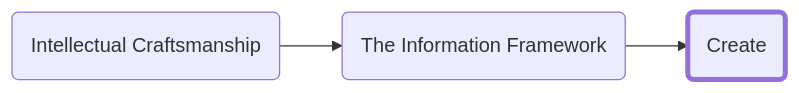
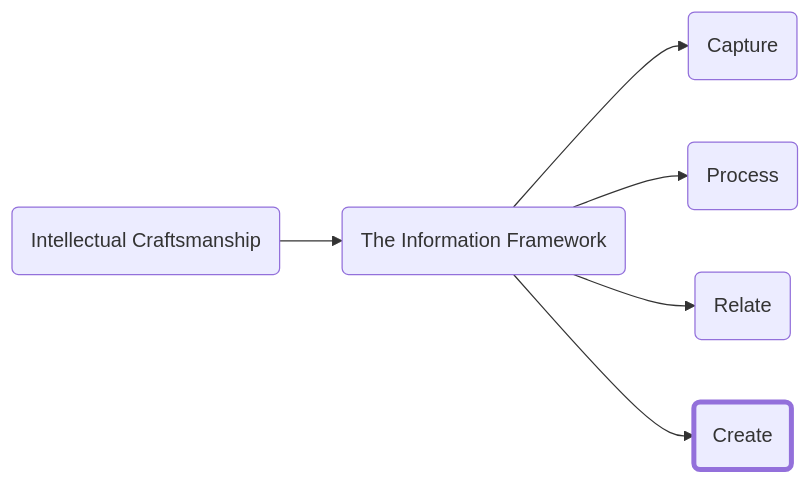
Before and after one commit to forrestpitz/forrestpitz.github.io: the diagram in _posts/2023-01-05-create.md, drawn with Mermaid. The commit also changed other lines of this file and 20 other files, not shown here.

````diff
--- a/_posts/2023-01-05-create.md
+++ b/_posts/2023-01-05-create.md
@@ -11,9 +32,16 @@
 ```mermaid
 graph LR;
-  A(Intellectual Craftsmanship)-->B(The Information Framework)-->C(Create)
+  A(Intellectual Craftsmanship)-->B(The Information Framework)
+  B-->C(Capture)
+  B-->D(Process)
+  B-->E(Relate)
+  B-->F(Create)
 
-  style C stroke-width:4px
+  style F stroke-width:4px
 
   click A "{% post_url 2023-01-05-intro %}"
   click B "{% post_url 2023-01-05-info-framework %}"
+  click C "{% post_url 2023-01-05-capture %}"
+  click D "{% post_url 2023-01-05-process %}"
+  click E "{% post_url 2023-01-05-relate %}"
 ```
````
